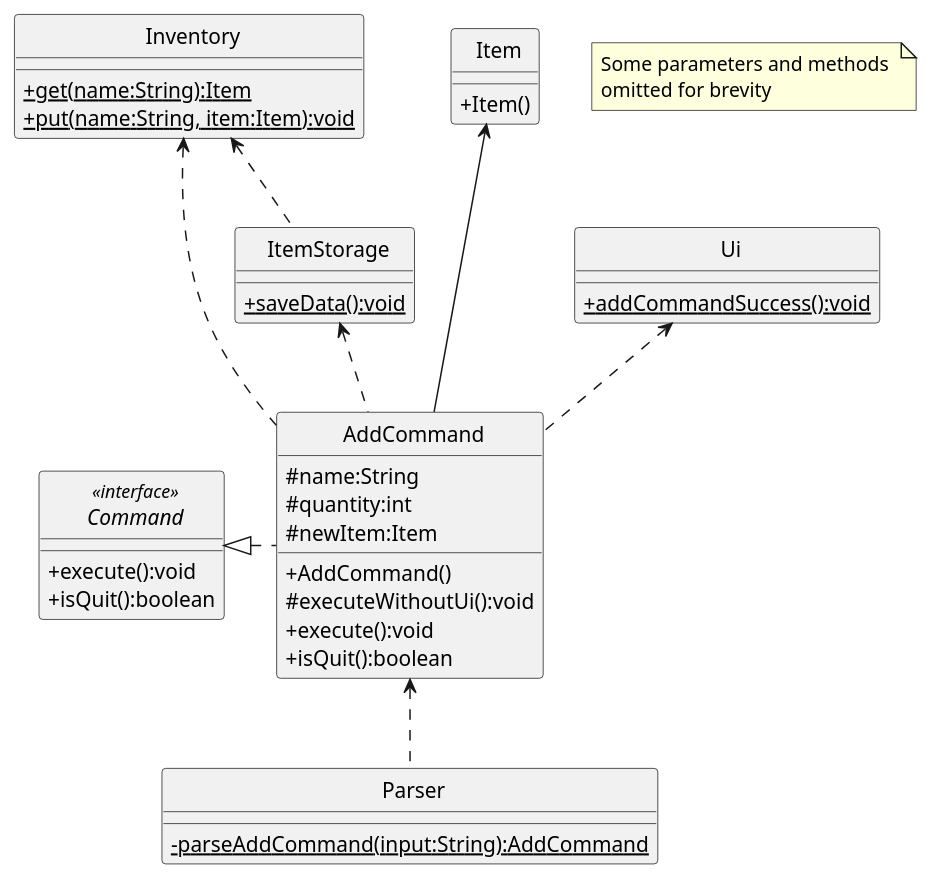
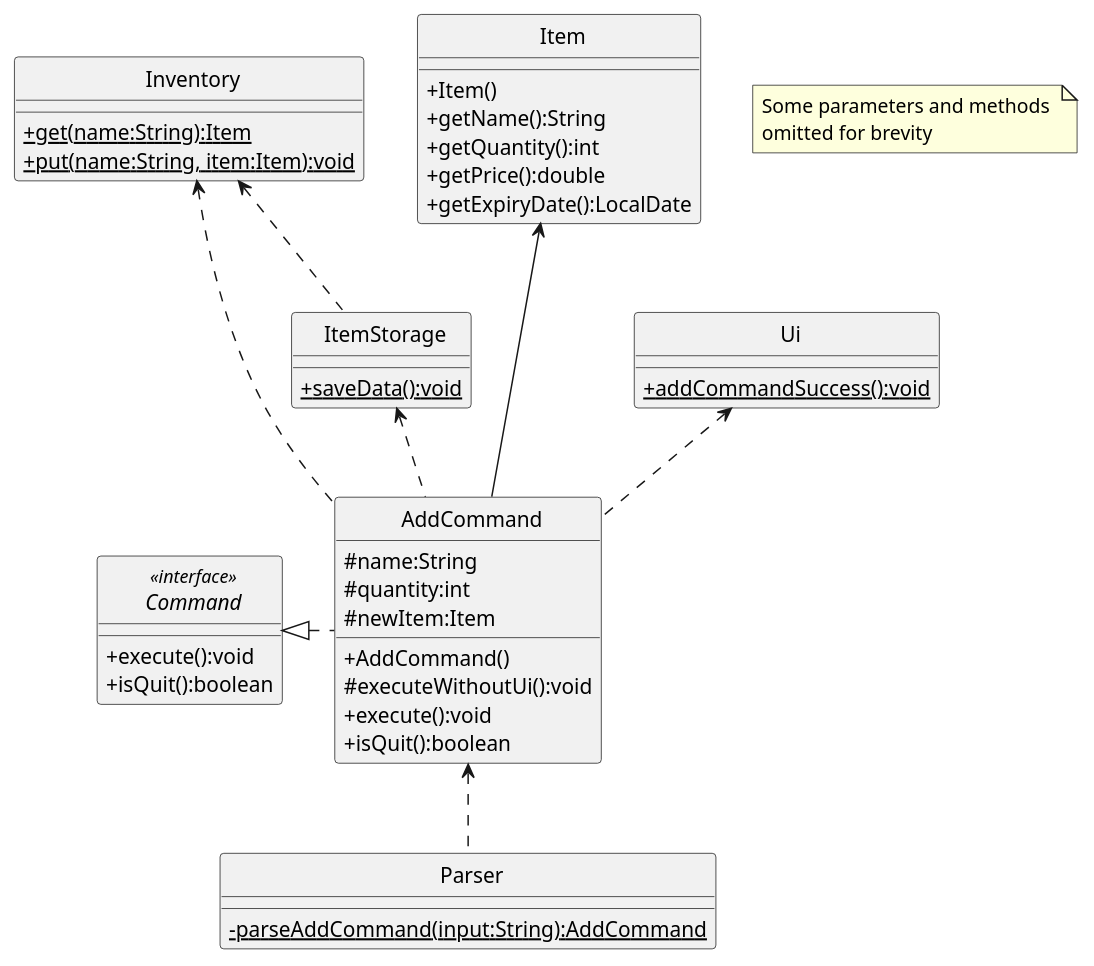
One commit to rismm/tp changed the first of 2 diagrams in docs/uml-diagrams/AddCommand.puml. Above: the diagram before and after it, drawn with PlantUML. The commit also changed other lines of this file and 19 other files, not shown here.

```diff
--- a/docs/uml-diagrams/AddCommand.puml
+++ b/docs/uml-diagrams/AddCommand.puml
@@ -1,61 +1,65 @@
 @startuml
 'https://plantuml.com/class-diagram
 skinparam classAttributeIconSize 0
 skinparam CircledCharacterFontSize 0
 skinparam CircledCharacterRadius 0
 
 abstract class Command
 class Inventory
 class Item
 class AddCommand
 class Parser
 class Ui
 class ItemStorage
 
 Command <|. AddCommand
 Item <--- AddCommand
 Ui <.. AddCommand
 Inventory <.. AddCommand
 AddCommand <.. Parser
 ItemStorage <.. AddCommand
 Inventory <.. ItemStorage
 
 interface Command <<interface>> {
     +execute():void
     +isQuit():boolean
 }
 
 class AddCommand {
     #name:String
     #quantity:int
     #newItem:Item
     +AddCommand()
     #executeWithoutUi():void
     +execute():void
     +isQuit():boolean
 }
 
 class Inventory {
     {static}+get(name:String):Item
     {static}+put(name:String, item:Item):void
 }
 
 class Item {
     +Item()
+    +getName():String
+    +getQuantity():int
+    +getPrice():double
+    +getExpiryDate():LocalDate
 }
 
 class Ui {
     {static}+addCommandSuccess():void
 }
 
 class Parser {
     {static}-parseAddCommand(input:String):AddCommand
 }
 
 class ItemStorage {
     {static}+saveData():void
 }
 
 note "Some parameters and methods \nomitted for brevity" as n1
 
 @enduml
```
